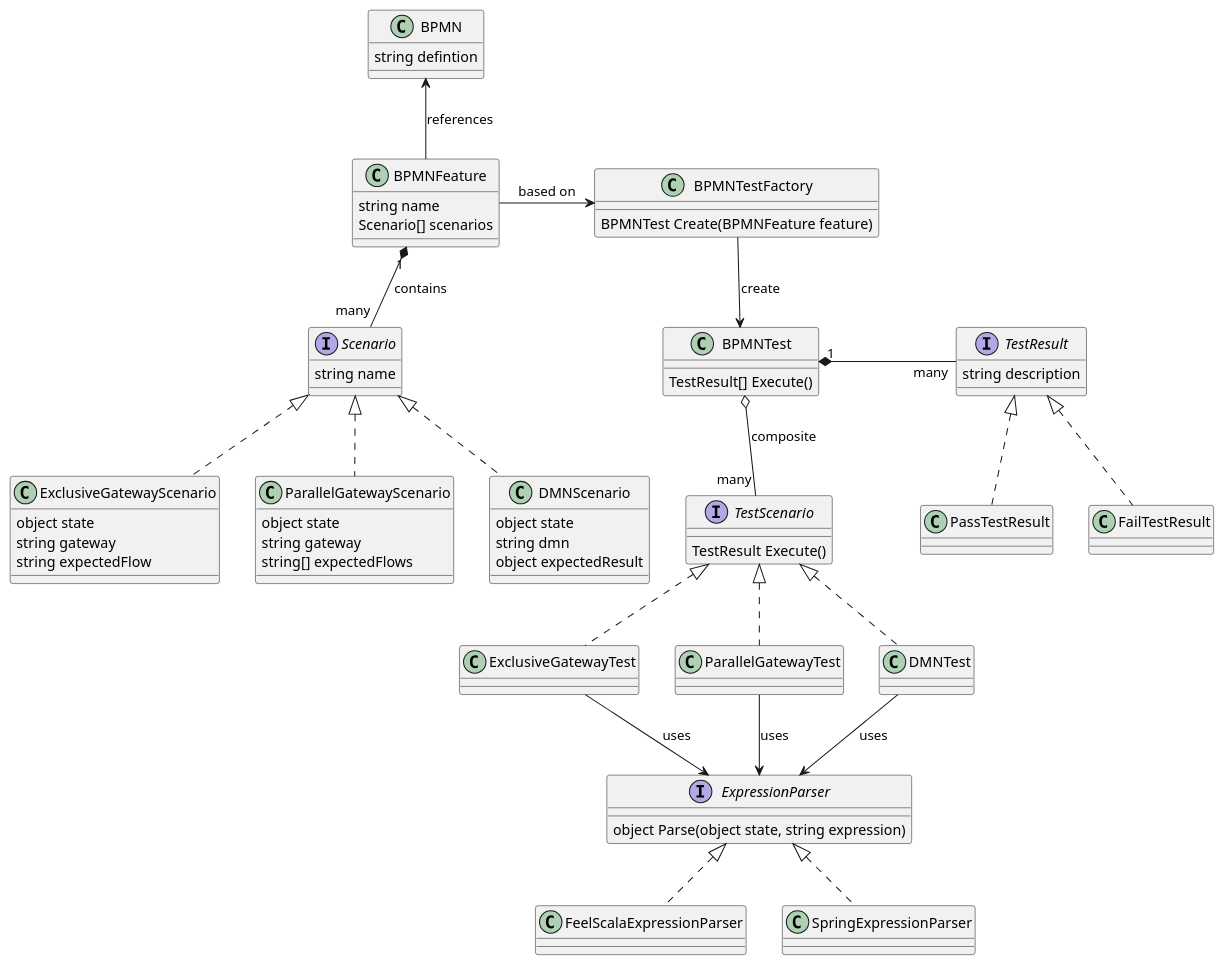
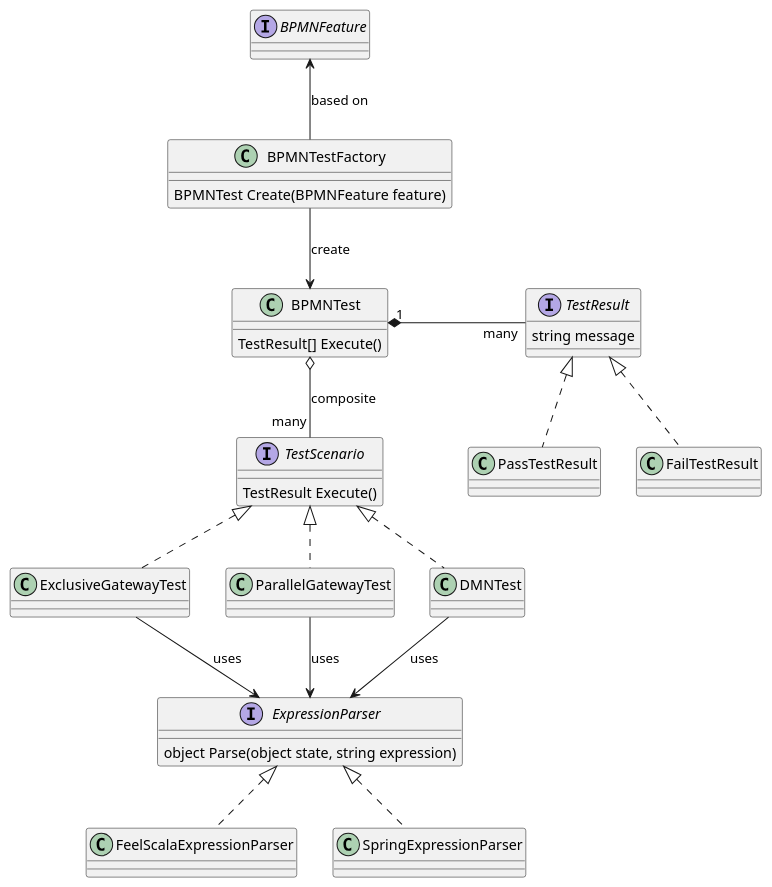
One commit to synionnl/products changed the second of 2 diagrams in docs/bpmn-tester/index.md. Above: the diagram before and after it, drawn with PlantUML.

````diff
--- a/docs/bpmn-tester/index.md
+++ b/docs/bpmn-tester/index.md
@@ -67,36 +113,7 @@
-```plantuml
-@startuml class diagram
+```plantuml [g1:Test]
+@startuml test
 
-class BPMN {
-  string defintion
-}
-
-class BPMNFeature {
-  string name
-  Scenario[] scenarios
-}
-
-interface Scenario {
-  string name
-}
-
-class ExclusiveGatewayScenario {
-  object state
-  string gateway
-  string expectedFlow
-}
-
-class ParallelGatewayScenario {
-  object state
-  string gateway
-  string[] expectedFlows
-}
-
-class DMNScenario {  
-  object state
-  string dmn
-  object expectedResult
-}
+interface BPMNFeature
 
 class BPMNTestFactory
 {
@@ -110,7 +127,7 @@
 
 interface TestResult
 {
-  string description  
+  string message  
 }
 
 interface TestScenario {
@@ -121,15 +138,7 @@
     object Parse(object state, string expression)
 }
 
-
-BPMN <-- BPMNFeature : references
-BPMNFeature "1" *-- "many" Scenario : contains
-
-Scenario <|.. ExclusiveGatewayScenario
-Scenario <|.. ParallelGatewayScenario
-Scenario <|.. DMNScenario
-
-BPMNFeature -> BPMNTestFactory : based on
+BPMNFeature <-- BPMNTestFactory : based on
 BPMNTestFactory --> BPMNTest : create
 BPMNTest "1" *- "many" TestResult : "                             "
 TestResult <|.. PassTestResult
````
